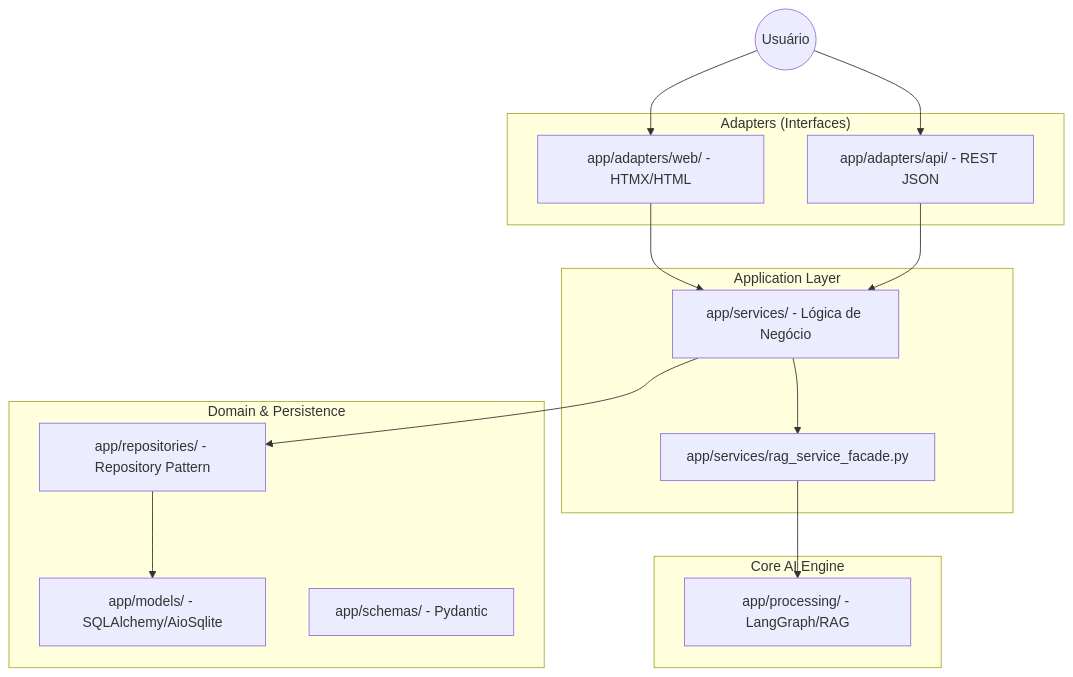
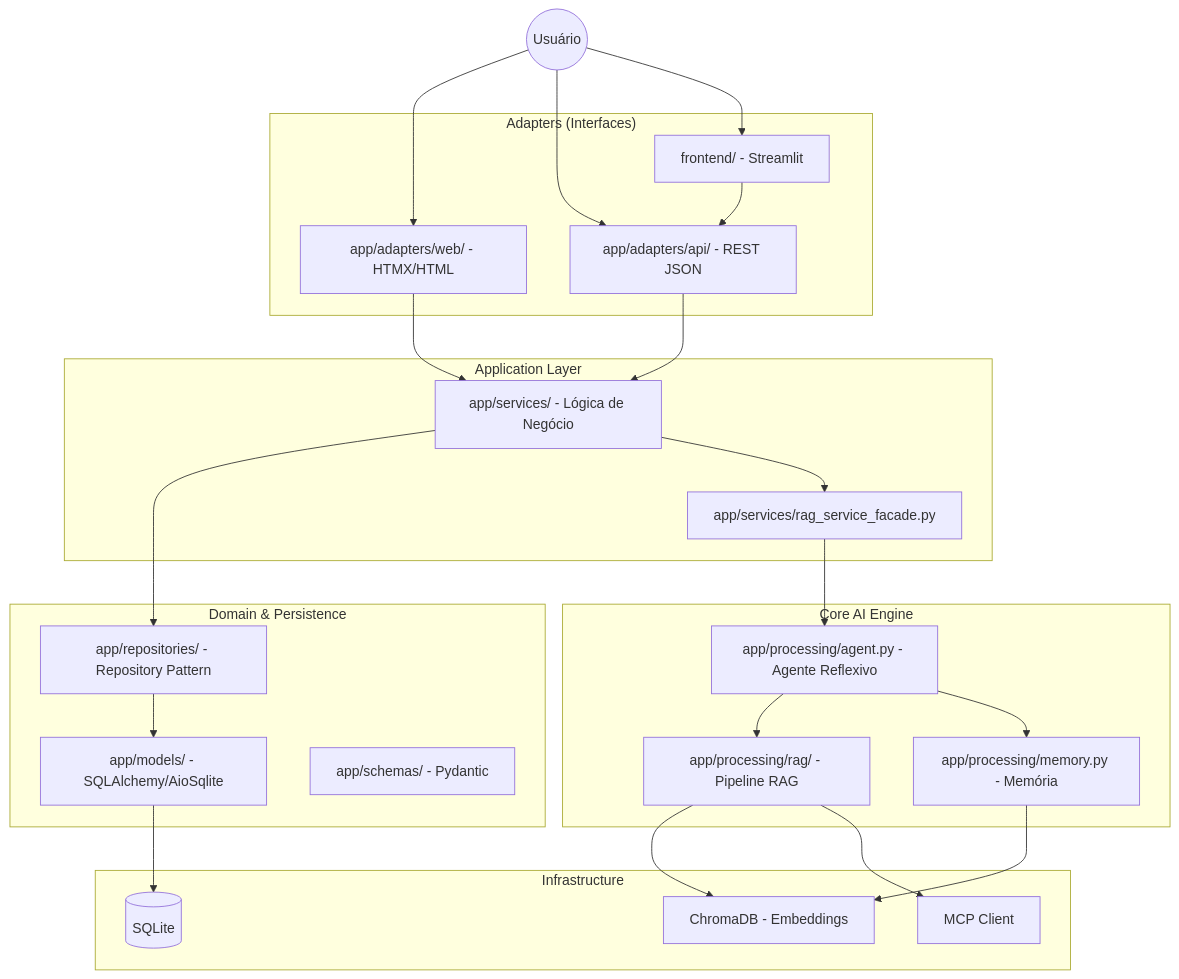
One commit to gmsarti/grifo changed the first of 3 diagrams in README.md. Above: the diagram before and after it, drawn with Mermaid. The commit also changed other lines of this file and 1 other file, not shown here.

````diff
--- a/README.md
+++ b/README.md
@@ -38,33 +40,50 @@
 ```mermaid
 graph TD
     User((Usuário))
 
     subgraph "Adapters (Interfaces)"
         Web[app/adapters/web/ - HTMX/HTML]
         API[app/adapters/api/ - REST JSON]
+        ST[frontend/ - Streamlit]
     end
 
     subgraph "Application Layer"
         Services[app/services/ - Lógica de Negócio]
         RAGFacade[app/services/rag_service_facade.py]
     end
 
     subgraph "Domain & Persistence"
         Repos[app/repositories/ - Repository Pattern]
         Models[app/models/ - SQLAlchemy/AioSqlite]
         Schemas[app/schemas/ - Pydantic]
     end
 
     subgraph "Core AI Engine"
-        IA[app/processing/ - LangGraph/RAG]
+        Agent[app/processing/agent.py - Agente Reflexivo]
+        RAG[app/processing/rag/ - Pipeline RAG]
+        Memory[app/processing/memory.py - Memória]
+    end
+
+    subgraph "Infrastructure"
+        VectorStore[ChromaDB - Embeddings]
+        DB[(SQLite)]
+        MCP[MCP Client]
     end
 
     User --> Web
     User --> API
+    User --> ST
+    ST --> API
     Web --> Services
     API --> Services
     Services --> Repos
     Services --> RAGFacade
     Repos --> Models
-    RAGFacade --> IA
+    Models --> DB
+    RAGFacade --> Agent
+    Agent --> RAG
+    Agent --> Memory
+    RAG --> VectorStore
+    RAG --> MCP
+    Memory --> VectorStore
 ```
````
